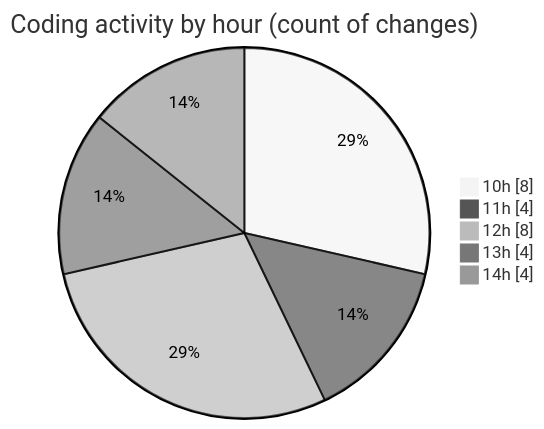
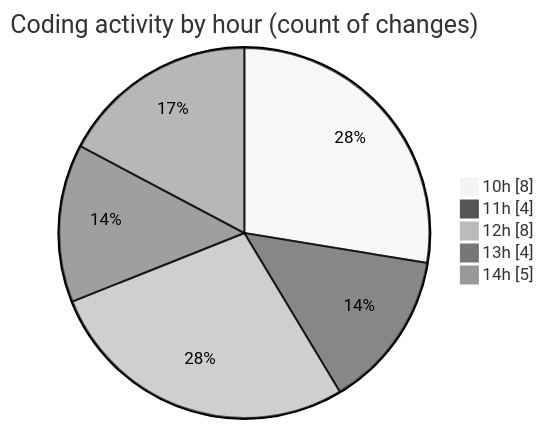
Before and after one commit to nxtqubesakshisongat/code-tracking: the second of 2 diagrams in 2025-08-07/nxtqube_webapp/README.md, drawn with Mermaid (neutral theme). The commit also changed other lines of this file and 1 other file, not shown here.

````diff
--- a/2025-08-07/nxtqube_webapp/README.md
+++ b/2025-08-07/nxtqube_webapp/README.md
@@ -35,9 +35,9 @@
 ```mermaid
 pie showData
 title Coding activity by hour (count of changes)
 "10h" : 8
 "11h" : 4
 "12h" : 8
 "13h" : 4
-"14h" : 4
+"14h" : 5
 ```
````
